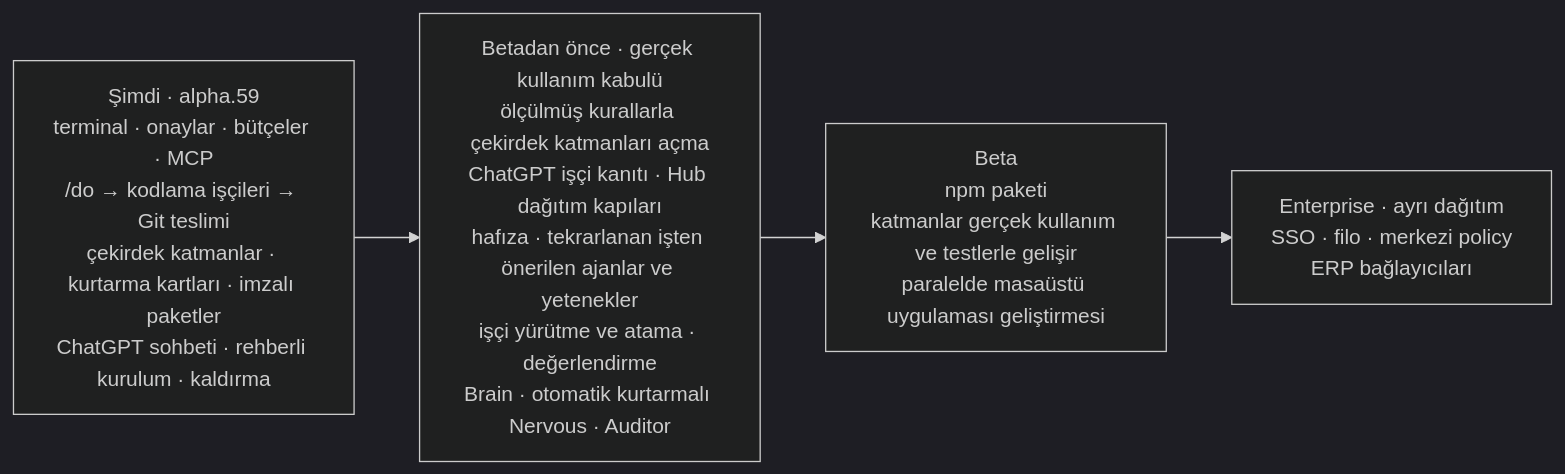
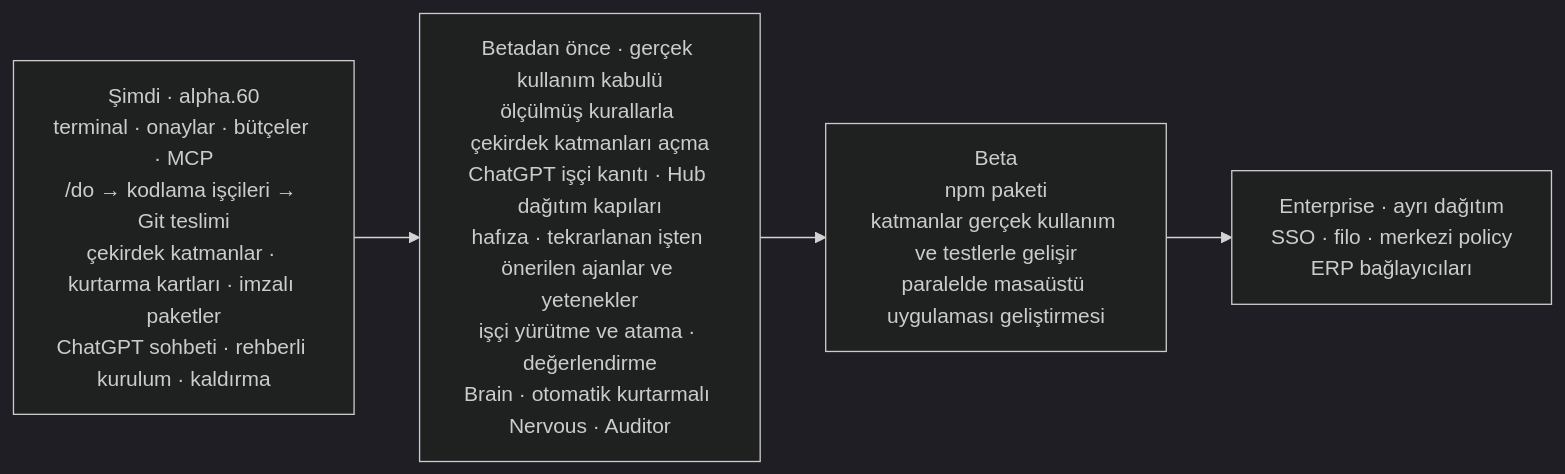
One commit to Verhex/deckent-next changed the sixth of 6 diagrams in README.tr.md. Above: the diagram before and after it, drawn with Mermaid (dark theme). The commit also changed other lines of this file and 14 other files, not shown here.

````diff
--- a/README.tr.md
+++ b/README.tr.md
@@ -547,6 +549,6 @@
 ```mermaid
 flowchart LR
-  N["Şimdi · alpha.59<br/>terminal · onaylar · bütçeler · MCP<br/>/do → kodlama işçileri → Git teslimi<br/>çekirdek katmanlar · kurtarma kartları · imzalı paketler<br/>ChatGPT sohbeti · rehberli kurulum · kaldırma"] --> C["Betadan önce · gerçek kullanım kabulü<br/>ölçülmüş kurallarla çekirdek katmanları açma<br/>ChatGPT işçi kanıtı · Hub dağıtım kapıları<br/>hafıza · tekrarlanan işten önerilen ajanlar ve yetenekler<br/>işçi yürütme ve atama · değerlendirme<br/>Brain · otomatik kurtarmalı Nervous · Auditor"]
+  N["Şimdi · alpha.60<br/>terminal · onaylar · bütçeler · MCP<br/>/do → kodlama işçileri → Git teslimi<br/>çekirdek katmanlar · kurtarma kartları · imzalı paketler<br/>ChatGPT sohbeti · rehberli kurulum · kaldırma"] --> C["Betadan önce · gerçek kullanım kabulü<br/>ölçülmüş kurallarla çekirdek katmanları açma<br/>ChatGPT işçi kanıtı · Hub dağıtım kapıları<br/>hafıza · tekrarlanan işten önerilen ajanlar ve yetenekler<br/>işçi yürütme ve atama · değerlendirme<br/>Brain · otomatik kurtarmalı Nervous · Auditor"]
   C --> B["Beta<br/>npm paketi<br/>katmanlar gerçek kullanım ve testlerle gelişir<br/>paralelde masaüstü uygulaması geliştirmesi"]
   B --> E["Enterprise · ayrı dağıtım<br/>SSO · filo · merkezi policy<br/>ERP bağlayıcıları"]
 ```
````
